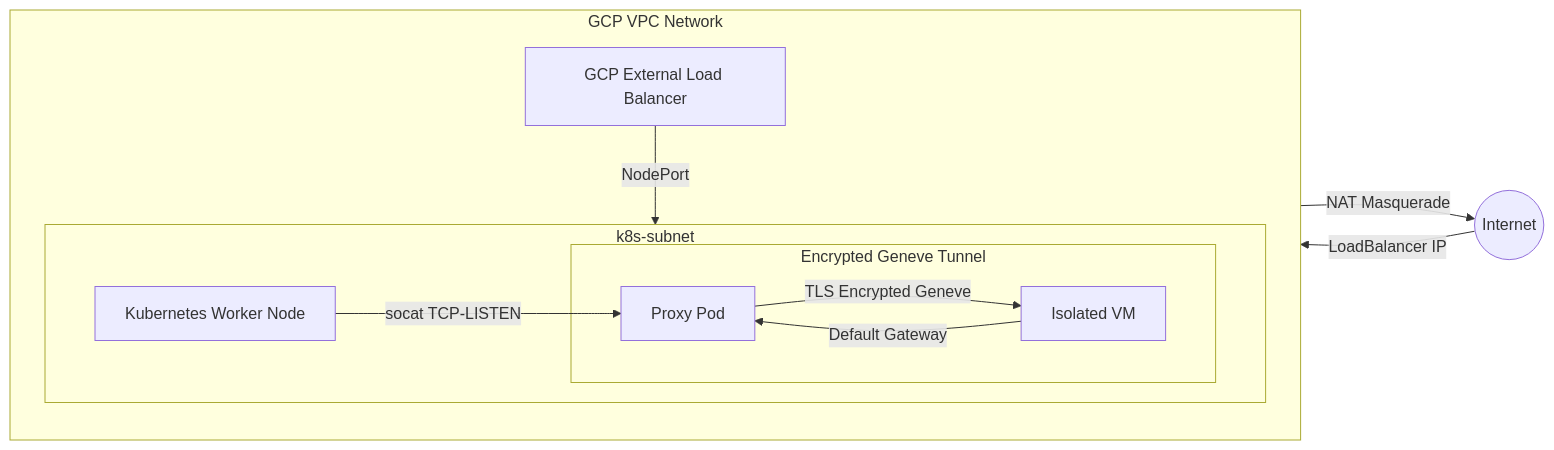
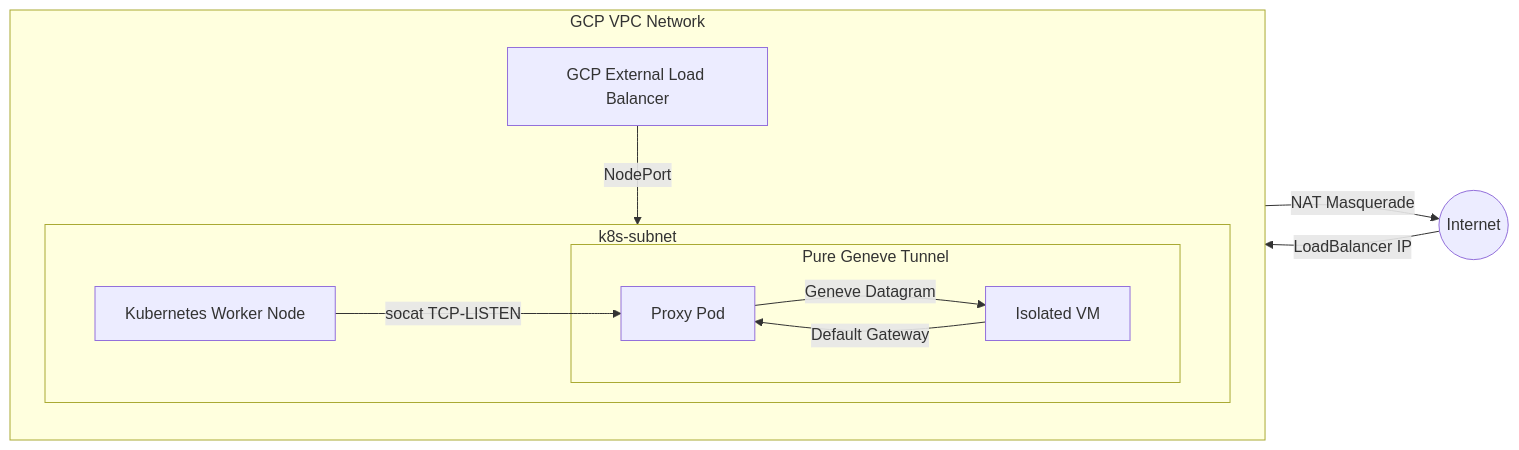
Before and after one commit to linde/gcp-k8s-isolated-vm: the diagram in README.md, drawn with Mermaid. The commit also changed other lines of this file and 9 other files, not shown here.

Commit message:
refactor: remove mTLS and IPsec encryption from Geneve tunnel implementation

````diff
--- a/README.md
+++ b/README.md
@@ -27,27 +32,27 @@
 ```mermaid
 graph LR
     Internet((Internet))
 
     subgraph VPC [GCP VPC Network]
         direction TB
         GCP_LB[GCP External Load Balancer]
         subgraph Subnet [k8s-subnet]
             direction LR
             K8s_Node[Kubernetes Worker Node]
-            subgraph Overlay [Encrypted Geneve Tunnel]
+            subgraph Overlay [Pure Geneve Tunnel]
                 Proxy_Pod[Proxy Pod]
                 Proxied_VM[Isolated VM]
             end
         end
     end
 
     %% Inbound Traffic (Ingress)
     Internet -->|LoadBalancer IP| GCP_LB
     GCP_LB -->|NodePort| K8s_Node
     K8s_Node -->|socat TCP-LISTEN| Proxy_Pod
-    Proxy_Pod -->|TLS Encrypted Geneve| Proxied_VM
+    Proxy_Pod -->|Geneve Datagram| Proxied_VM
 
     %% Outbound Traffic (Egress)
     Proxied_VM -->|Default Gateway| Proxy_Pod
     Proxy_Pod -->|NAT Masquerade| Internet
 ```
````
